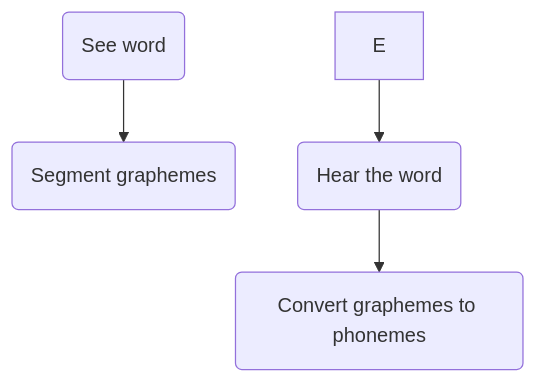
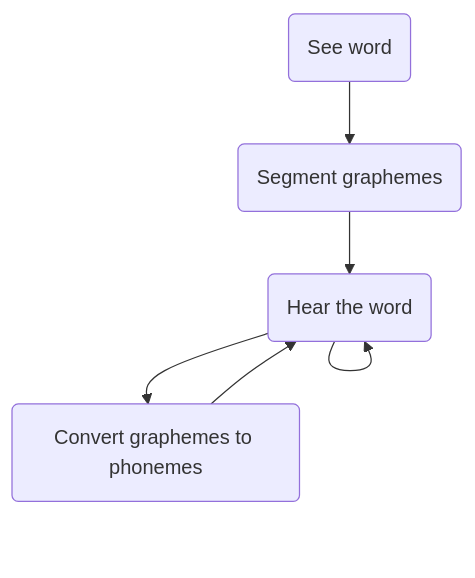
The diagram in 2022/Slides/Lecture-04.md (ethanweed/ExPsyLing), drawn with Mermaid before and after one commit. The commit also changed 1 other file, not shown here.

Commit message:
auto-updated with build.sh

````diff
--- a/2022/Slides/Lecture-04.md
+++ b/2022/Slides/Lecture-04.md
@@ -85,7 +85,8 @@
 ```{.mermaid format=svg  theme=neutral width=400}
 graph TB
 A(See word) -->B(Segment graphemes)
-C(Recognize graphemes) --> D(Convert graphemes to phonemes)
-E --> C("Hear" the word)
+B-->C(Recognize graphemes) --> 
+C-->D(Convert graphemes to phonemes)
+D --> C("Hear" the word)
 
 ```
````
